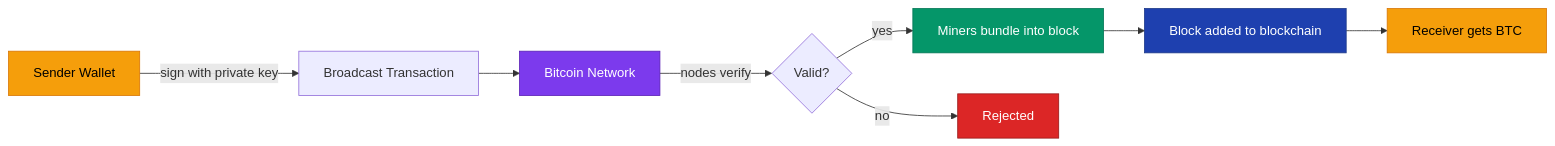
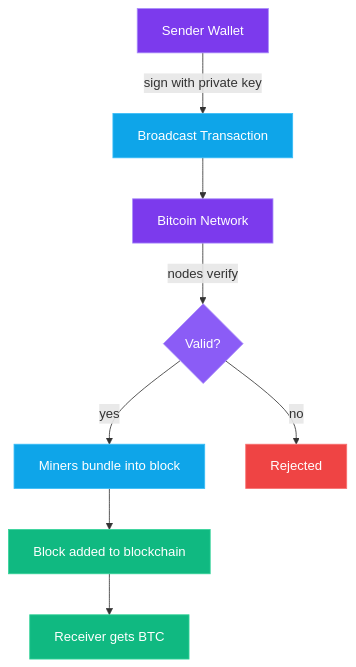
The diagram in content/blog/crypto-unlocked-02-bitcoin-digital-gold.mdx (jestersimpps/cv), drawn with Mermaid before and after one commit. The commit also changed 12 other files, not shown here.

Commit message:
fix(blog): convert all mermaid diagrams to vertical (TD) for mobile readability, dark theme component

````diff
--- a/content/blog/crypto-unlocked-02-bitcoin-digital-gold.mdx
+++ b/content/blog/crypto-unlocked-02-bitcoin-digital-gold.mdx
@@ -30,17 +30,19 @@
 ```mermaid
-graph LR
+graph TD
     A[Sender Wallet] -->|sign with private key| B[Broadcast Transaction]
     B --> C[Bitcoin Network]
     C -->|nodes verify| D{Valid?}
     D -->|yes| E[Miners bundle into block]
     E --> F[Block added to blockchain]
     F --> G[Receiver gets BTC]
     D -->|no| H[Rejected]
 
-    style A fill:#f59e0b,stroke:#d97706,color:#000
-    style C fill:#7c3aed,stroke:#5b21b6,color:#fff
-    style E fill:#059669,stroke:#047857,color:#fff
-    style F fill:#1e40af,stroke:#1e3a8a,color:#fff
-    style G fill:#f59e0b,stroke:#d97706,color:#000
-    style H fill:#dc2626,stroke:#991b1b,color:#fff
+    style A fill:#7c3aed,stroke:#a78bfa,color:#fff
+    style B fill:#0ea5e9,stroke:#38bdf8,color:#fff
+    style C fill:#7c3aed,stroke:#a78bfa,color:#fff
+    style D fill:#8b5cf6,stroke:#a78bfa,color:#fff
+    style E fill:#0ea5e9,stroke:#38bdf8,color:#fff
+    style F fill:#10b981,stroke:#34d399,color:#fff
+    style G fill:#10b981,stroke:#34d399,color:#fff
+    style H fill:#ef4444,stroke:#f87171,color:#fff
 ```
````
